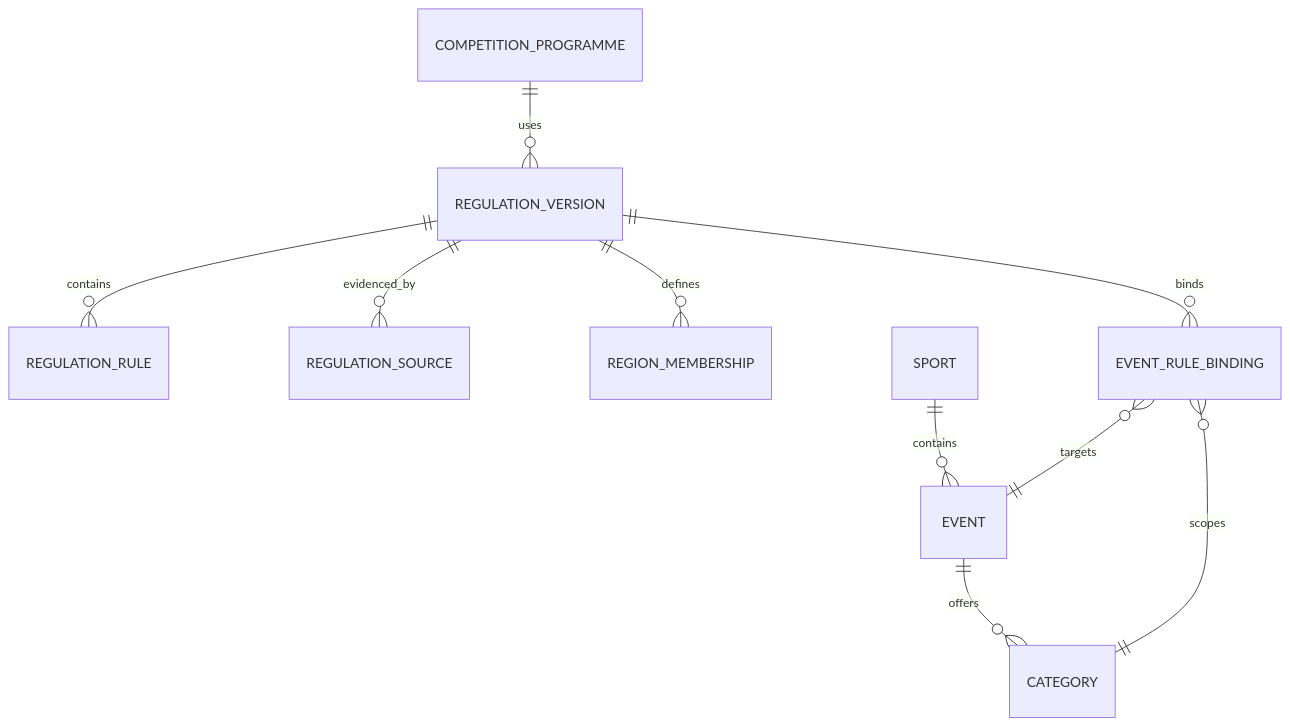
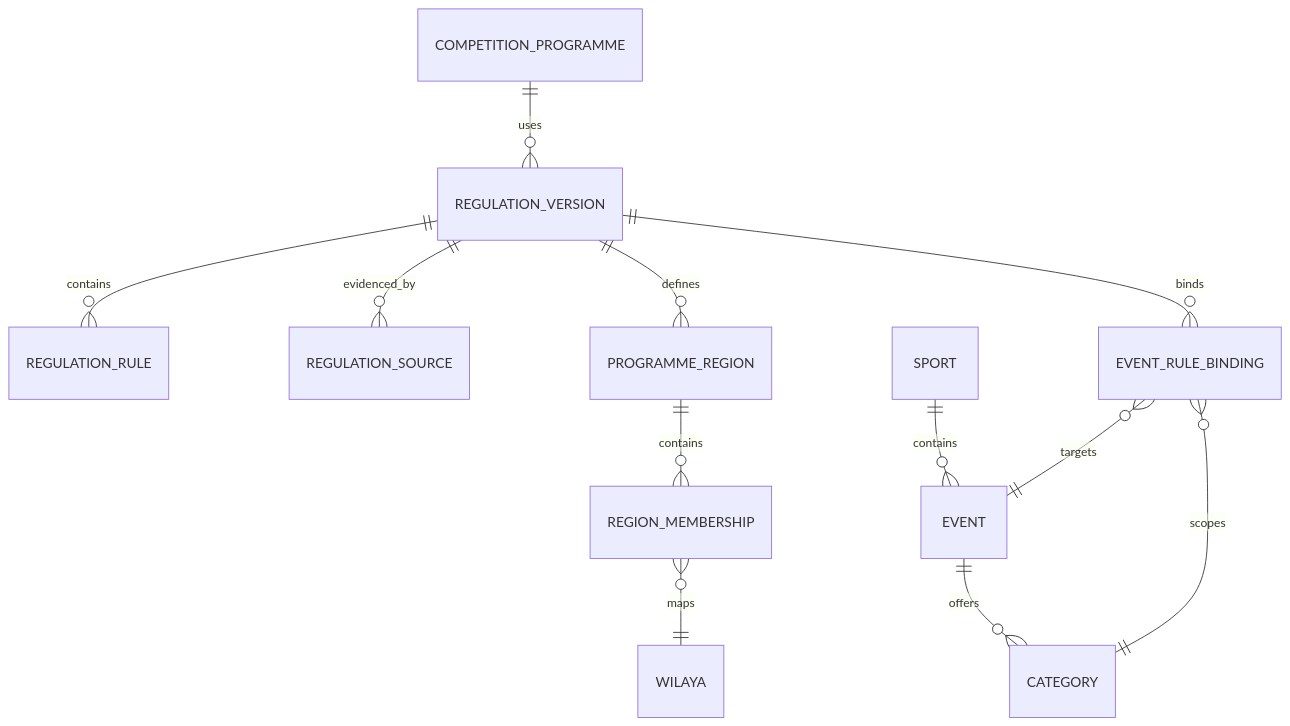
Before and after one commit to alandalousservice-bot/NSSMS-public: the second of 4 diagrams in docs/004_Database/005_Competition_Domain_Logical_Model.md, drawn with Mermaid. The commit also changed other lines of this file, not shown here.

````diff
--- a/docs/004_Database/005_Competition_Domain_Logical_Model.md
+++ b/docs/004_Database/005_Competition_Domain_Logical_Model.md
@@ -167,12 +199,14 @@
 ```mermaid
 erDiagram
   COMPETITION_PROGRAMME ||--o{ REGULATION_VERSION : uses
   REGULATION_VERSION ||--o{ REGULATION_RULE : contains
   REGULATION_VERSION ||--o{ REGULATION_SOURCE : evidenced_by
-  REGULATION_VERSION ||--o{ REGION_MEMBERSHIP : defines
+  REGULATION_VERSION ||--o{ PROGRAMME_REGION : defines
+  PROGRAMME_REGION ||--o{ REGION_MEMBERSHIP : contains
+  REGION_MEMBERSHIP }o--|| WILAYA : maps
   REGULATION_VERSION ||--o{ EVENT_RULE_BINDING : binds
   SPORT ||--o{ EVENT : contains
   EVENT ||--o{ CATEGORY : offers
   EVENT_RULE_BINDING }o--|| EVENT : targets
   EVENT_RULE_BINDING }o--|| CATEGORY : scopes
 ```
````
